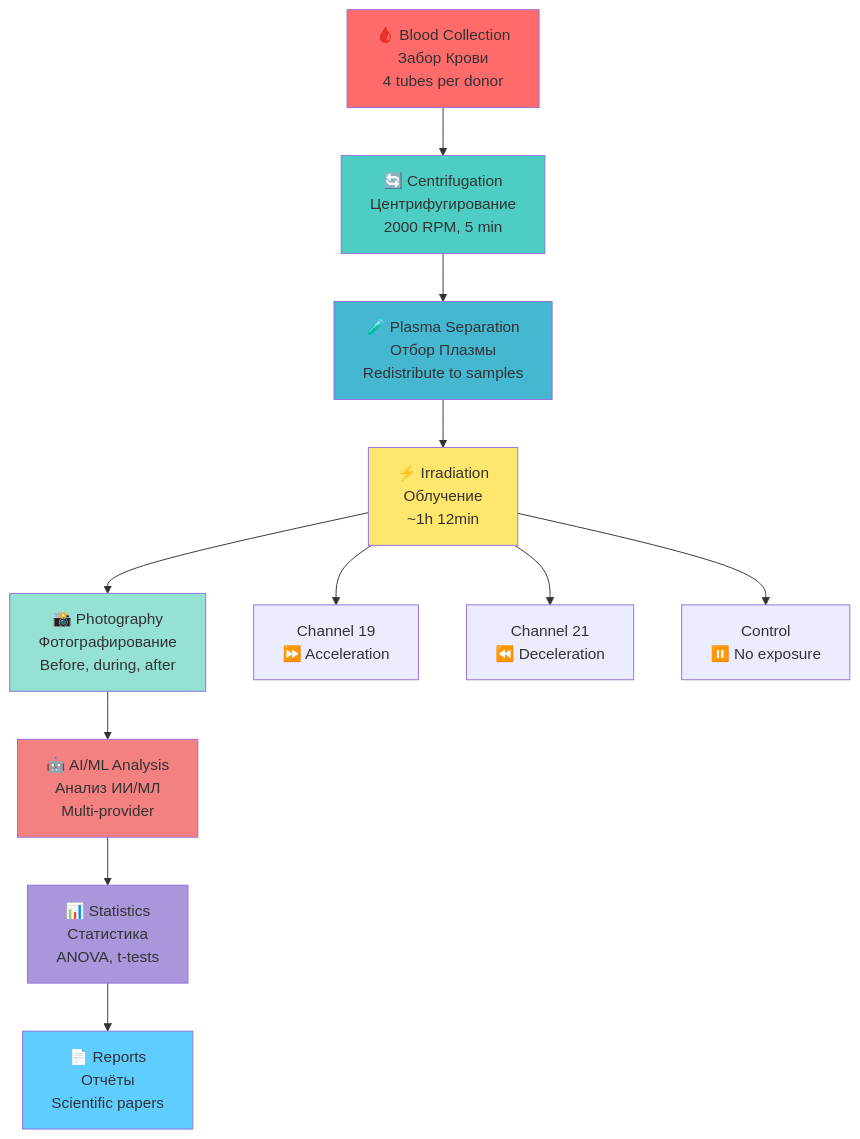
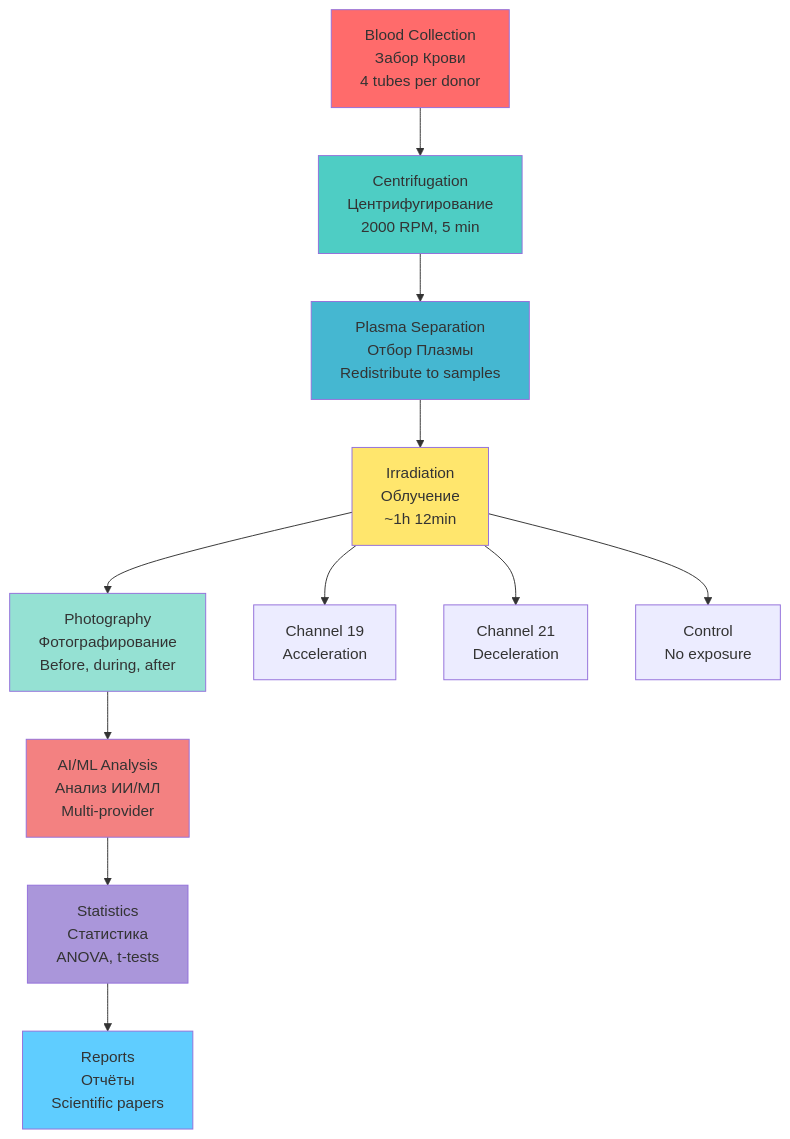
Before and after one commit to AdvancedScientificResearchProjects/Hyperbolic_Field_BloodPlasma_Study: the sixth of 6 diagrams in ADVANCED_SCIENTIFIC_RESEARCH_PROJECTS/Hyperbolic_Field_BloodPlasma_Study/README.md, drawn with Mermaid. The commit also changed other lines of this file and 46 other files, not shown here.

````diff
--- a/ADVANCED_SCIENTIFIC_RESEARCH_PROJECTS/Hyperbolic_Field_BloodPlasma_Study/README.md
+++ b/ADVANCED_SCIENTIFIC_RESEARCH_PROJECTS/Hyperbolic_Field_BloodPlasma_Study/README.md
@@ -382,23 +382,23 @@
 ```mermaid
 flowchart TD
-    A[🩸 Blood Collection<br/>Забор Крови<br/>4 tubes per donor] --> B[🔄 Centrifugation<br/>Центрифугирование<br/>2000 RPM, 5 min]
-    B --> C[🧪 Plasma Separation<br/>Отбор Плазмы<br/>Redistribute to samples]
-    C --> D[⚡ Irradiation<br/>Облучение<br/>~1h 12min]
-    D --> E[📸 Photography<br/>Фотографирование<br/>Before, during, after]
-    E --> F[🤖 AI/ML Analysis<br/>Анализ ИИ/МЛ<br/>Multi-provider]
-    F --> G[📊 Statistics<br/>Статистика<br/>ANOVA, t-tests]
-    G --> H[📄 Reports<br/>Отчёты<br/>Scientific papers]
+    A[ Blood Collection<br/>Забор Крови<br/>4 tubes per donor] --> B[ Centrifugation<br/>Центрифугирование<br/>2000 RPM, 5 min]
+    B --> C[ Plasma Separation<br/>Отбор Плазмы<br/>Redistribute to samples]
+    C --> D[ Irradiation<br/>Облучение<br/>~1h 12min]
+    D --> E[ Photography<br/>Фотографирование<br/>Before, during, after]
+    E --> F[ AI/ML Analysis<br/>Анализ ИИ/МЛ<br/>Multi-provider]
+    F --> G[ Statistics<br/>Статистика<br/>ANOVA, t-tests]
+    G --> H[ Reports<br/>Отчёты<br/>Scientific papers]
     
-    D --> D1[Channel 19<br/>⏩ Acceleration]
-    D --> D2[Channel 21<br/>⏪ Deceleration]
-    D --> D3[Control<br/>⏸️ No exposure]
+    D --> D1[Channel 19<br/> Acceleration]
+    D --> D2[Channel 21<br/> Deceleration]
+    D --> D3[Control<br/> No exposure]
     
     style A fill:#ff6b6b
     style B fill:#4ecdc4
     style C fill:#45b7d1
     style D fill:#ffe66d
     style E fill:#95e1d3
     style F fill:#f38181
     style G fill:#aa96da
     style H fill:#5fcdff
 ```
````
